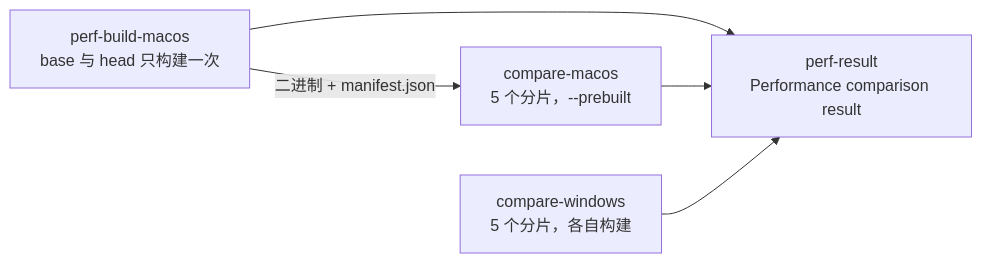
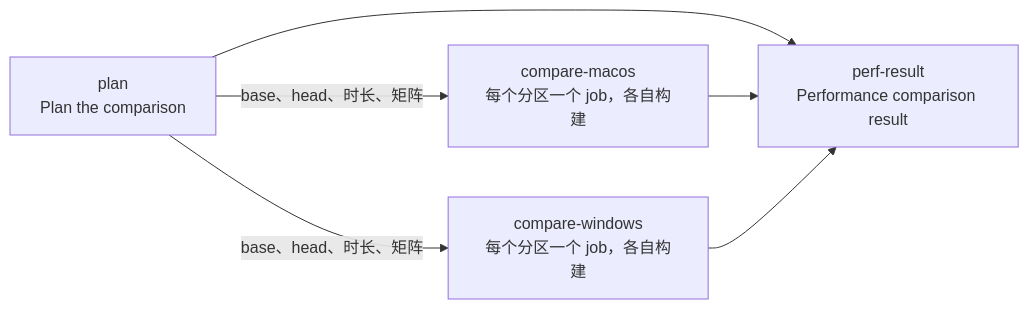
One commit to D0n9X1n/SonicTerm changed the second of 2 diagrams in wiki/Development-and-Release-zh-CN.md. Above: the diagram before and after it, drawn with Mermaid. The commit also changed other lines of this file and 65 other files, not shown here.

````diff
--- a/wiki/Development-and-Release-zh-CN.md
+++ b/wiki/Development-and-Release-zh-CN.md
@@ -741,8 +775,8 @@
 ```mermaid
 flowchart LR
-  producer["perf-build-macos<br/>base 与 head 只构建一次"] -->|"二进制 + manifest.json"| macos["compare-macos<br/>5 个分片，--prebuilt"]
-  windows["compare-windows<br/>5 个分片，各自构建"]
-  producer --> result["perf-result<br/>Performance comparison result"]
+  plan["plan<br/>Plan the comparison"] -->|"base、head、时长、矩阵"| macos["compare-macos<br/>每个分区一个 job，各自构建"]
+  plan -->|"base、head、时长、矩阵"| windows["compare-windows<br/>每个分区一个 job，各自构建"]
+  plan --> result["perf-result<br/>Performance comparison result"]
   macos --> result
   windows --> result
 ```
````
